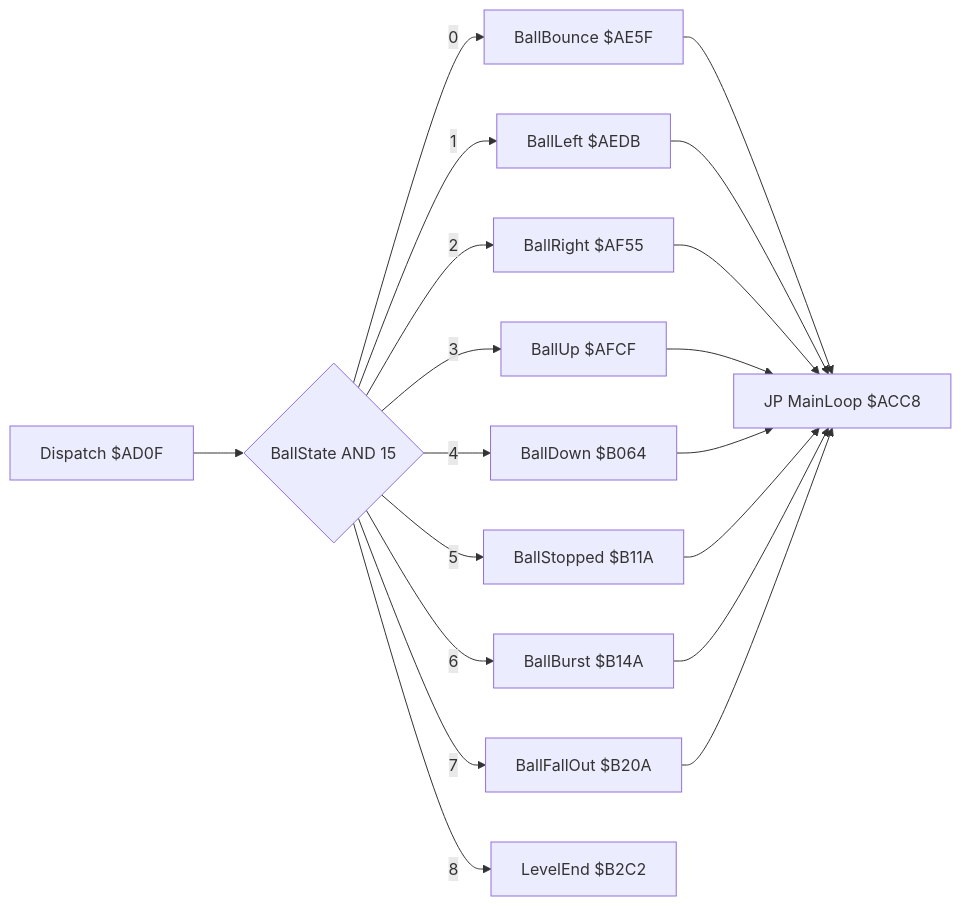
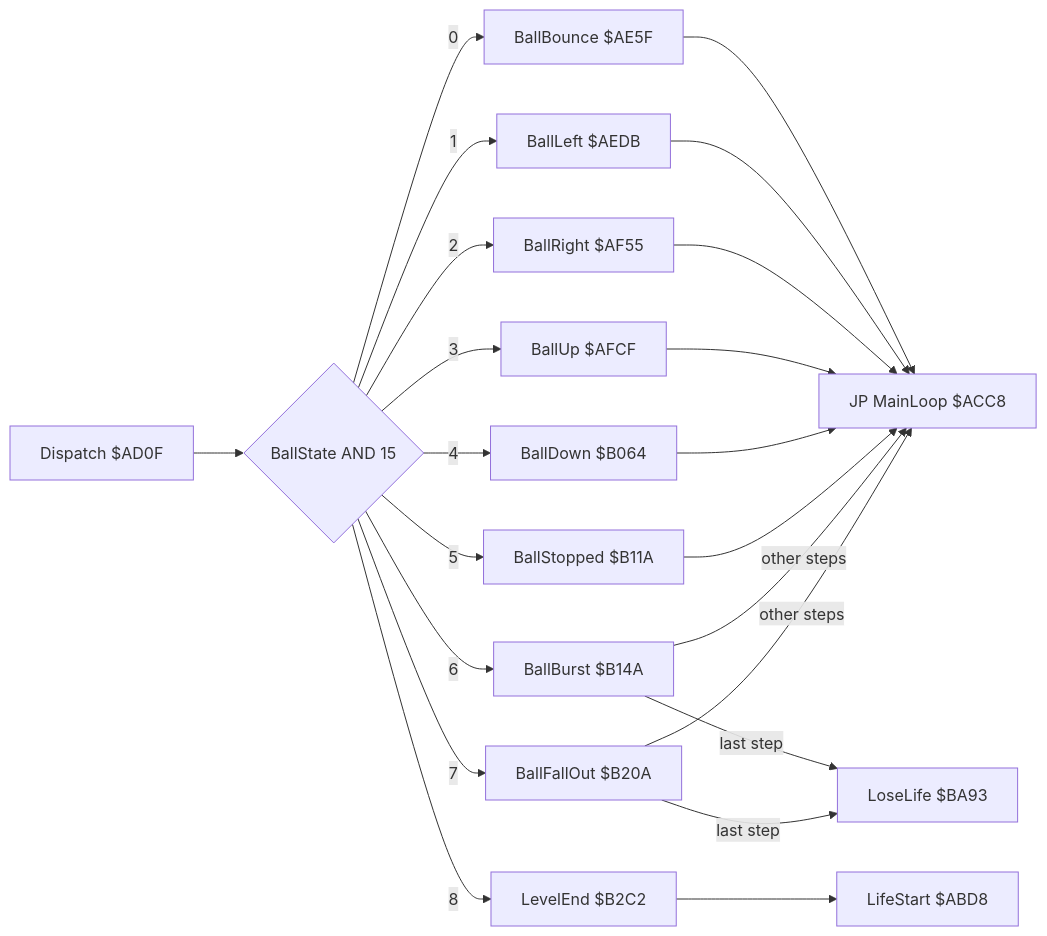
One commit to alfishe/unrealng-reverse-cases changed the sixth of 9 diagrams in games/bumpy/docs/04-game-loop.md. Above: the diagram before and after it, drawn with Mermaid. The commit also changed other lines of this file and 33 other files, not shown here.

````diff
--- a/games/bumpy/docs/04-game-loop.md
+++ b/games/bumpy/docs/04-game-loop.md
@@ -431,14 +438,17 @@
 ```mermaid
 flowchart LR
     D["Dispatch $AD0F"] --> T{"BallState AND 15"}
     T -- 0 --> S0["BallBounce $AE5F"]
     T -- 1 --> S1["BallLeft $AEDB"]
     T -- 2 --> S2["BallRight $AF55"]
     T -- 3 --> S3["BallUp $AFCF"]
     T -- 4 --> S4["BallDown $B064"]
     T -- 5 --> S5["BallStopped $B11A"]
     T -- 6 --> S6["BallBurst $B14A"]
     T -- 7 --> S7["BallFallOut $B20A"]
     T -- 8 --> S8["LevelEnd $B2C2"]
-    S0 & S1 & S2 & S3 & S4 & S5 & S6 & S7 --> M["JP MainLoop $ACC8"]
+    S0 & S1 & S2 & S3 & S4 & S5 --> M["JP MainLoop $ACC8"]
+    S6 & S7 -->|"last step"| LL["LoseLife $BA93"]
+    S6 & S7 -->|"other steps"| M
+    S8 --> LS["LifeStart $ABD8"]
 ```
````
